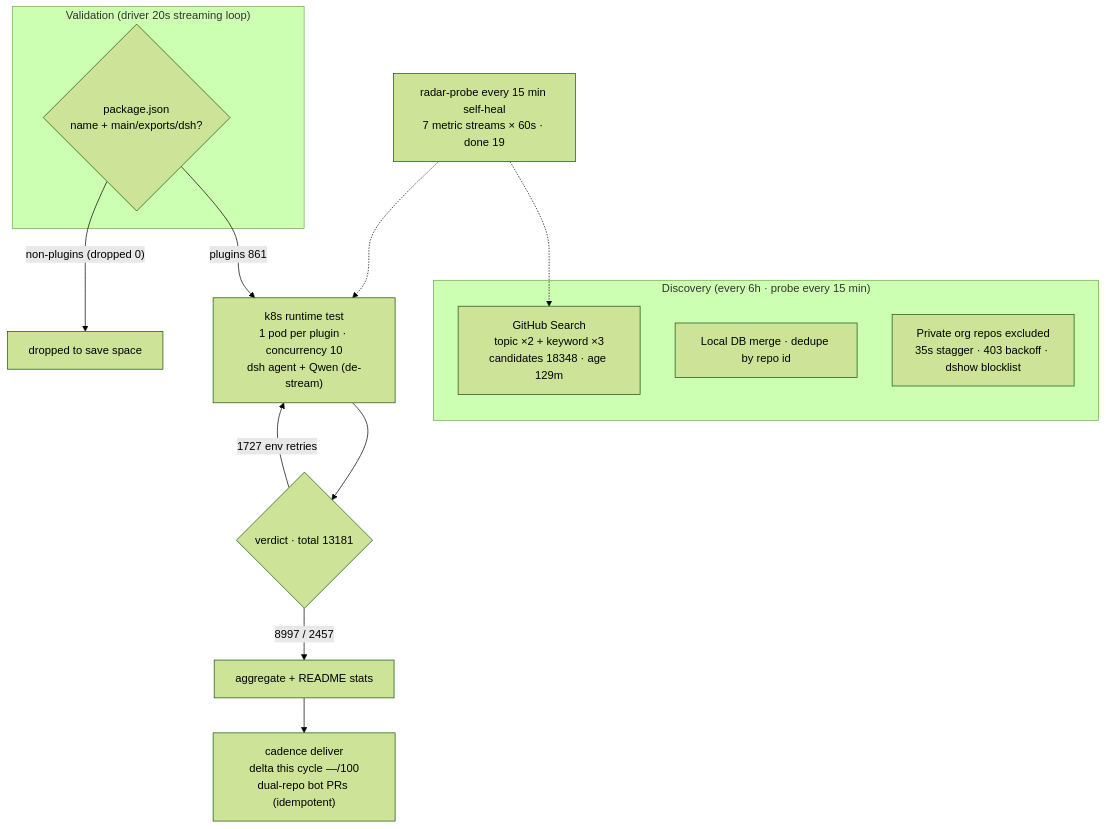
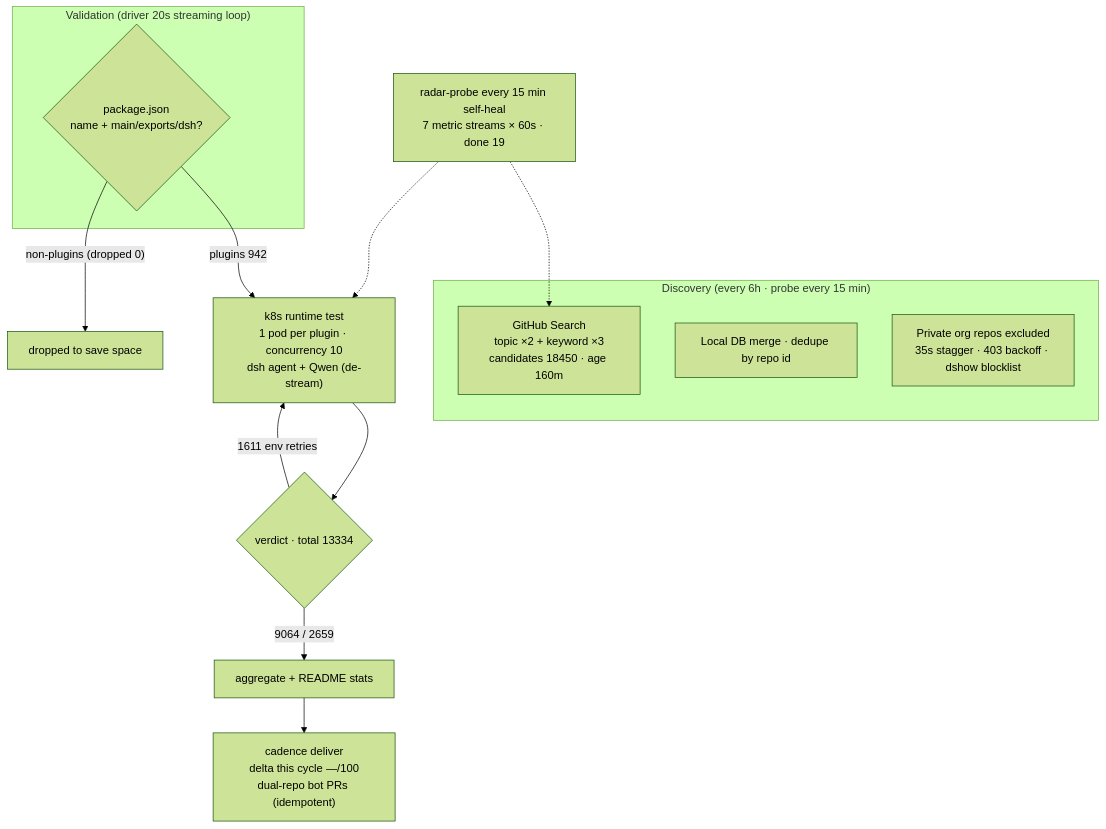
Before and after one commit to Zhidao-Lab-OSS/awesome-dsh-plugins: the diagram in README.en-US.md, drawn with Mermaid (forest theme). The commit also changed other lines of this file and 1 other file, not shown here.

````diff
--- a/README.en-US.md
+++ b/README.en-US.md
@@ -45,20 +45,20 @@
 ```mermaid
 flowchart TB
     subgraph Discovery["Discovery (every 6h · probe every 15 min)"]
-        A1["GitHub Search<br/>topic ×2 + keyword ×3<br/>candidates 18348 · age 129m"]
+        A1["GitHub Search<br/>topic ×2 + keyword ×3<br/>candidates 18450 · age 160m"]
         A2["Local DB merge · dedupe by repo id"]
         A3["Private org repos excluded<br/>35s stagger · 403 backoff · dshow blocklist"]
     end
     subgraph Validation["Validation (driver 20s streaming loop)"]
         B1{"package.json<br/>name + main/exports/dsh?"}
     end
-    B1 -->|"plugins 861"| C1["k8s runtime test<br/>1 pod per plugin · concurrency 10<br/>dsh agent + Qwen (de-stream)"]
+    B1 -->|"plugins 942"| C1["k8s runtime test<br/>1 pod per plugin · concurrency 10<br/>dsh agent + Qwen (de-stream)"]
     B1 -->|"non-plugins (dropped 0)"| B3["dropped to save space"]
-    C1 --> D1{"verdict · total 13181"}
-    D1 -->|"8997 / 2457"| E1["aggregate + README stats"]
-    D1 -->|"1727 env retries"| C1
+    C1 --> D1{"verdict · total 13334"}
+    D1 -->|"9064 / 2659"| E1["aggregate + README stats"]
+    D1 -->|"1611 env retries"| C1
     E1 --> E2["cadence deliver<br/>delta this cycle —/100<br/>dual-repo bot PRs (idempotent)"]
     M["radar-probe every 15 min self-heal<br/>7 metric streams × 60s · done 19"]
     M -.-> A1
     M -.-> C1
 ```
````
